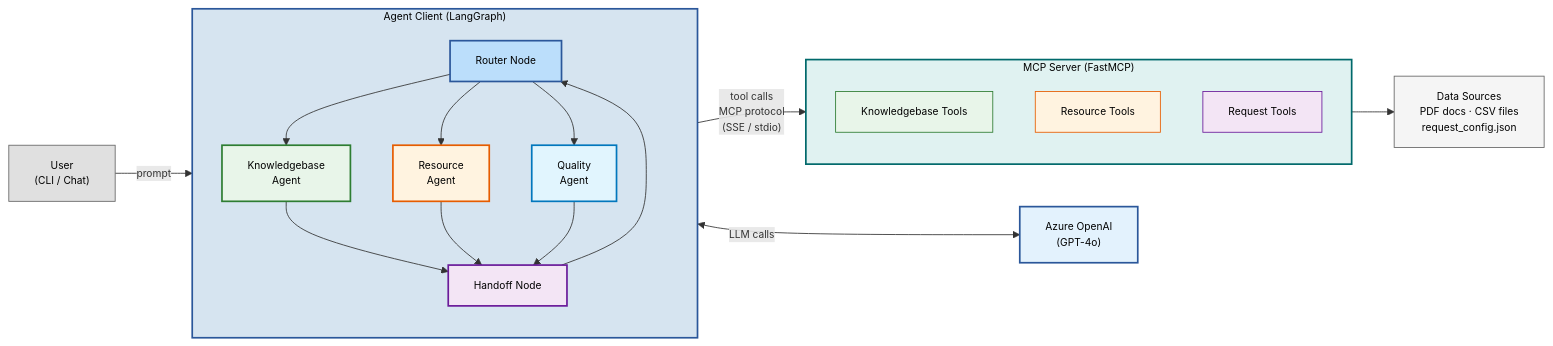
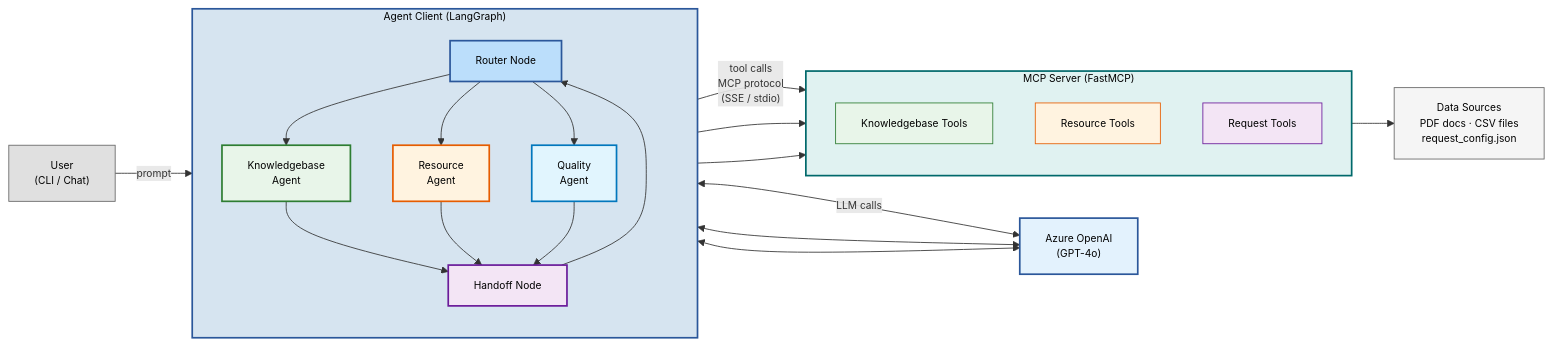
One commit to vsrajan/AgenticAI changed the first of 3 diagrams in docs/architecture.md. Above: the diagram before and after it, drawn with Mermaid. The commit also changed other lines of this file, not shown here.

Commit message:
Fix diagram backgrounds and add missing specialist arrows
- Set white background on all 3 Mermaid diagrams so black arrows
  are visible regardless of viewer dark/light mode
- Diagram 1: add arrows from KB and Qual agents to MCP Server
  (previously only Res was connected)
- Diagram 1: add LLM arrows from all 3 specialists (KB, Res, Qual)
  instead of only Router

https://claude.ai/code/session_01QdVjhLRSmMJK1A6jJSE65k

````diff
--- a/docs/architecture.md
+++ b/docs/architecture.md
@@ -11,49 +11,53 @@
 ```mermaid
-%%{init: {'theme': 'default', 'themeVariables': {'fontSize': '12px'}, 'flowchart': {'useMaxWidth': false}}}%%
+%%{init: {'theme': 'default', 'themeVariables': {'fontSize': '12px', 'background': '#ffffff'}, 'flowchart': {'useMaxWidth': false}}}%%
 graph LR
     User["User<br/>(CLI / Chat)"]
     User -->|"prompt"| Router
 
     subgraph AgentClient["Agent Client (LangGraph)"]
         direction TB
         Router["Router Node"]
         KB["Knowledgebase<br/>Agent"]
         Res["Resource<br/>Agent"]
         Qual["Quality<br/>Agent"]
         Handoff["Handoff Node"]
         Router --> KB
         Router --> Res
         Router --> Qual
         KB --> Handoff
         Res --> Handoff
         Qual --> Handoff
         Handoff --> Router
     end
 
-    Res -->|"tool calls<br/>MCP protocol<br/>(SSE / stdio)"| MCP
+    KB -->|"tool calls<br/>MCP protocol<br/>(SSE / stdio)"| MCP
+    Res --> MCP
+    Qual --> MCP
 
     subgraph MCP["MCP Server (FastMCP)"]
         direction TB
         KBTools["Knowledgebase Tools"]
         ResTools["Resource Tools"]
         ReqTools["Request Tools"]
     end
 
-    Router <-->|"LLM calls"| LLM["Azure OpenAI<br/>(GPT-4o)"]
+    KB <-->|"LLM calls"| LLM["Azure OpenAI<br/>(GPT-4o)"]
+    Res <--> LLM
+    Qual <--> LLM
 
     MCP --> Data["Data Sources<br/>PDF docs · CSV files<br/>request_config.json"]
 
     style AgentClient fill:#d6e4f0,stroke:#2b579a,stroke-width:2px,color:#000
     style MCP fill:#e0f2f1,stroke:#00696b,stroke-width:2px,color:#000
     style LLM fill:#e3f2fd,stroke:#2b579a,stroke-width:2px,color:#000
     style Data fill:#f5f5f5,stroke:#666,stroke-width:1px,color:#000
     style User fill:#e0e0e0,stroke:#666,stroke-width:1px,color:#000
     style Router fill:#bbdefb,stroke:#2b579a,stroke-width:2px,color:#000
     style KB fill:#e8f5e9,stroke:#2e7d32,stroke-width:2px,color:#000
     style Res fill:#fff3e0,stroke:#e65c00,stroke-width:2px,color:#000
     style Qual fill:#e1f5fe,stroke:#0277bd,stroke-width:2px,color:#000
     style Handoff fill:#f3e5f5,stroke:#6a1b9a,stroke-width:2px,color:#000
     style KBTools fill:#e8f5e9,stroke:#2e7d32,stroke-width:1px,color:#000
     style ResTools fill:#fff3e0,stroke:#e65c00,stroke-width:1px,color:#000
     style ReqTools fill:#f3e5f5,stroke:#6a1b9a,stroke-width:1px,color:#000
 ```
````
